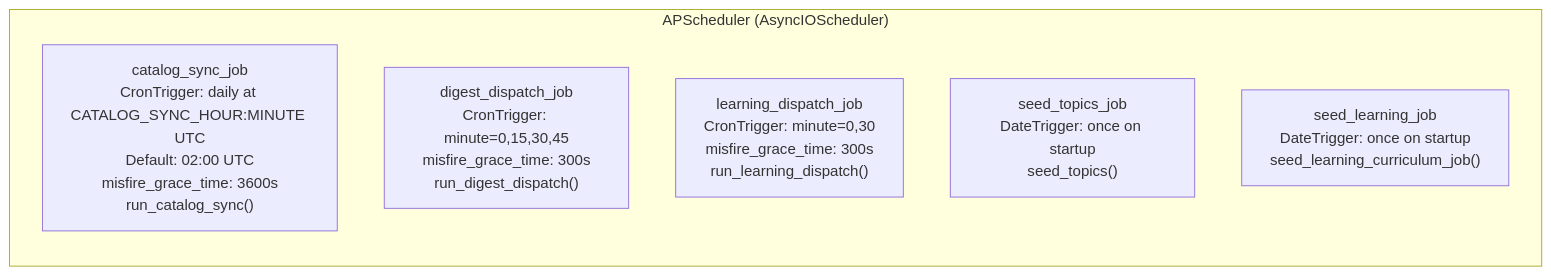
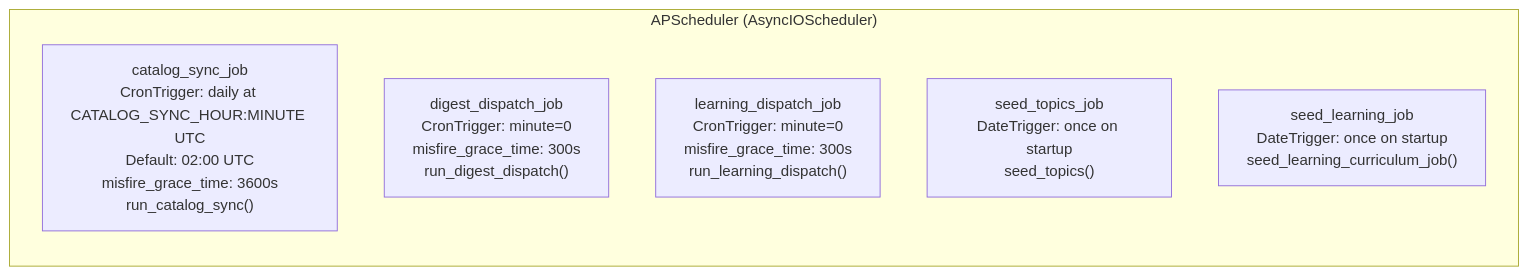
Before and after one commit to kiro39498-tech/MS-Learn-Digest: the fifth of 6 diagrams in docs/component_diagram.md, drawn with Mermaid. The commit also changed 48 other files, not shown here.

````diff
--- a/docs/component_diagram.md
+++ b/docs/component_diagram.md
@@ -155,14 +155,14 @@
 ```mermaid
 graph LR
     subgraph "APScheduler (AsyncIOScheduler)"
         J1["catalog_sync_job\nCronTrigger: daily at CATALOG_SYNC_HOUR:MINUTE UTC\nDefault: 02:00 UTC\nmisfire_grace_time: 3600s\nrun_catalog_sync()"]
 
-        J2["digest_dispatch_job\nCronTrigger: minute=0,15,30,45\nmisfire_grace_time: 300s\nrun_digest_dispatch()"]
+        J2["digest_dispatch_job\nCronTrigger: minute=0\nmisfire_grace_time: 300s\nrun_digest_dispatch()"]
 
-        J3["learning_dispatch_job\nCronTrigger: minute=0,30\nmisfire_grace_time: 300s\nrun_learning_dispatch()"]
+        J3["learning_dispatch_job\nCronTrigger: minute=0\nmisfire_grace_time: 300s\nrun_learning_dispatch()"]
 
         J4["seed_topics_job\nDateTrigger: once on startup\nseed_topics()"]
 
         J5["seed_learning_job\nDateTrigger: once on startup\nseed_learning_curriculum_job()"]
     end
 ```
````
